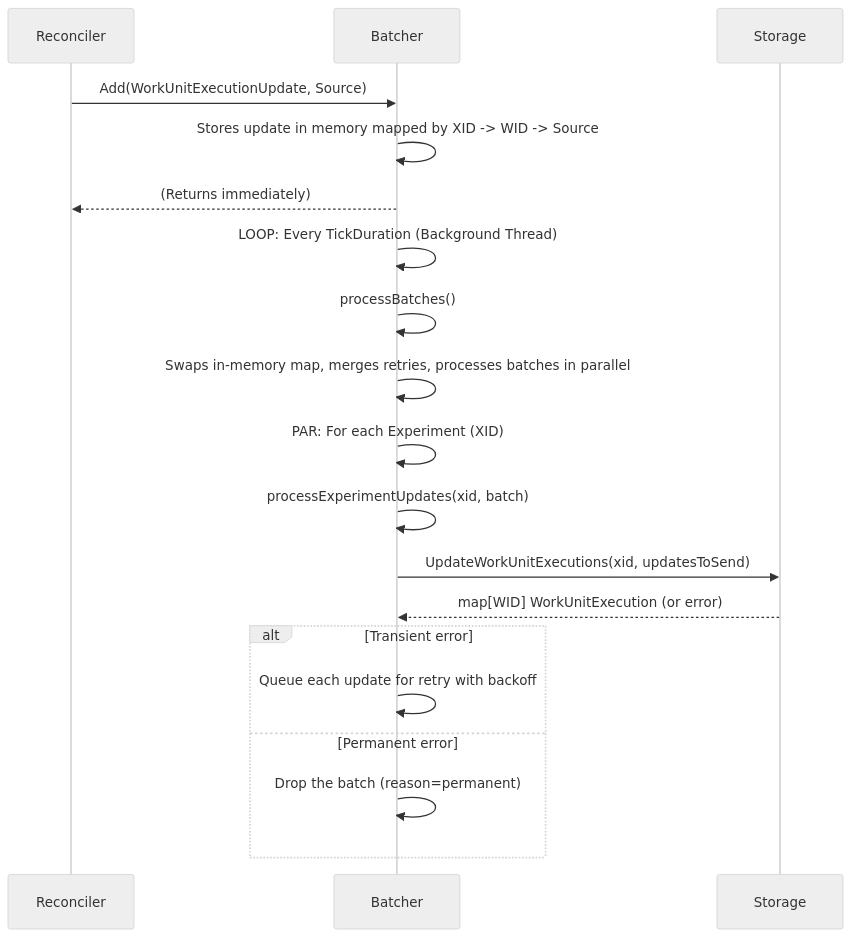
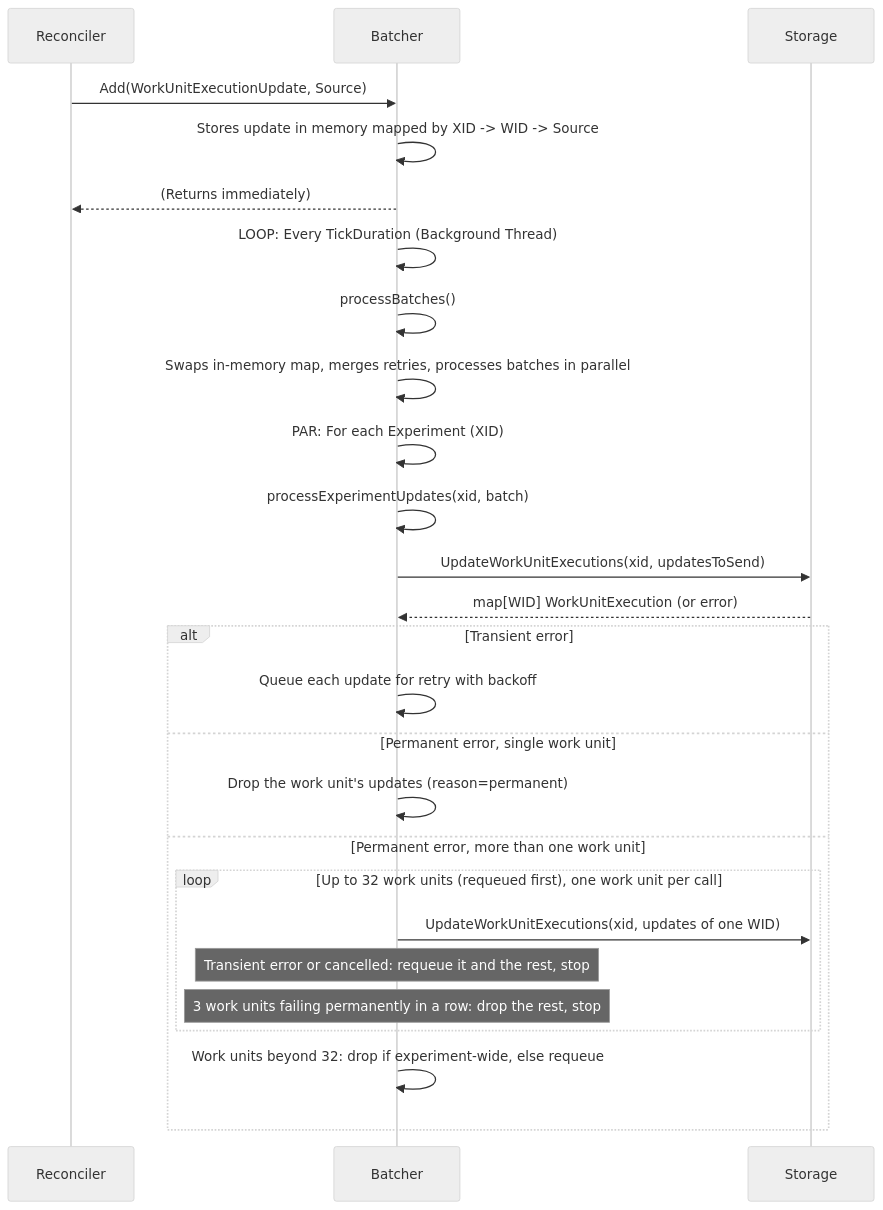
One commit to google/xmc changed the fifth of 5 diagrams in docs/flows/reconciliation.md. Above: the diagram before and after it, drawn with Mermaid (neutral theme). The commit also changed other lines of this file and 2 other files, not shown here.

First line of the commit message:
fix(reconciler): isolate permanent batcher failures per work unit (#1201)

````diff
--- a/docs/flows/reconciliation.md
+++ b/docs/flows/reconciliation.md
@@ -277,24 +277,31 @@
 ```mermaid
 sequenceDiagram
     participant Reconciler
     participant Batcher
     participant Storage
 
     Reconciler->>Batcher: Add(WorkUnitExecutionUpdate, Source)
     Batcher->>Batcher: Stores update in memory mapped by XID -> WID -> Source
     Batcher-->>Reconciler: (Returns immediately)
 
     Batcher->>Batcher: LOOP: Every TickDuration (Background Thread)
     Batcher->>Batcher: processBatches()
     Batcher->>Batcher: Swaps in-memory map, merges retries, processes batches in parallel
 
     Batcher->>Batcher: PAR: For each Experiment (XID)
     Batcher->>Batcher: processExperimentUpdates(xid, batch)
     Batcher->>Storage: UpdateWorkUnitExecutions(xid, updatesToSend)
     Storage-->>Batcher: map[WID] WorkUnitExecution (or error)
     alt Transient error
         Batcher->>Batcher: Queue each update for retry with backoff
-    else Permanent error
-        Batcher->>Batcher: Drop the batch (reason=permanent)
+    else Permanent error, single work unit
+        Batcher->>Batcher: Drop the work unit's updates (reason=permanent)
+    else Permanent error, more than one work unit
+        loop Up to 32 work units (requeued first), one work unit per call
+            Batcher->>Storage: UpdateWorkUnitExecutions(xid, updates of one WID)
+            Note over Batcher: Transient error or cancelled: requeue it and the rest, stop
+            Note over Batcher: 3 work units failing permanently in a row: drop the rest, stop
+        end
+        Batcher->>Batcher: Work units beyond 32: drop if experiment-wide, else requeue
     end
 ```
````
